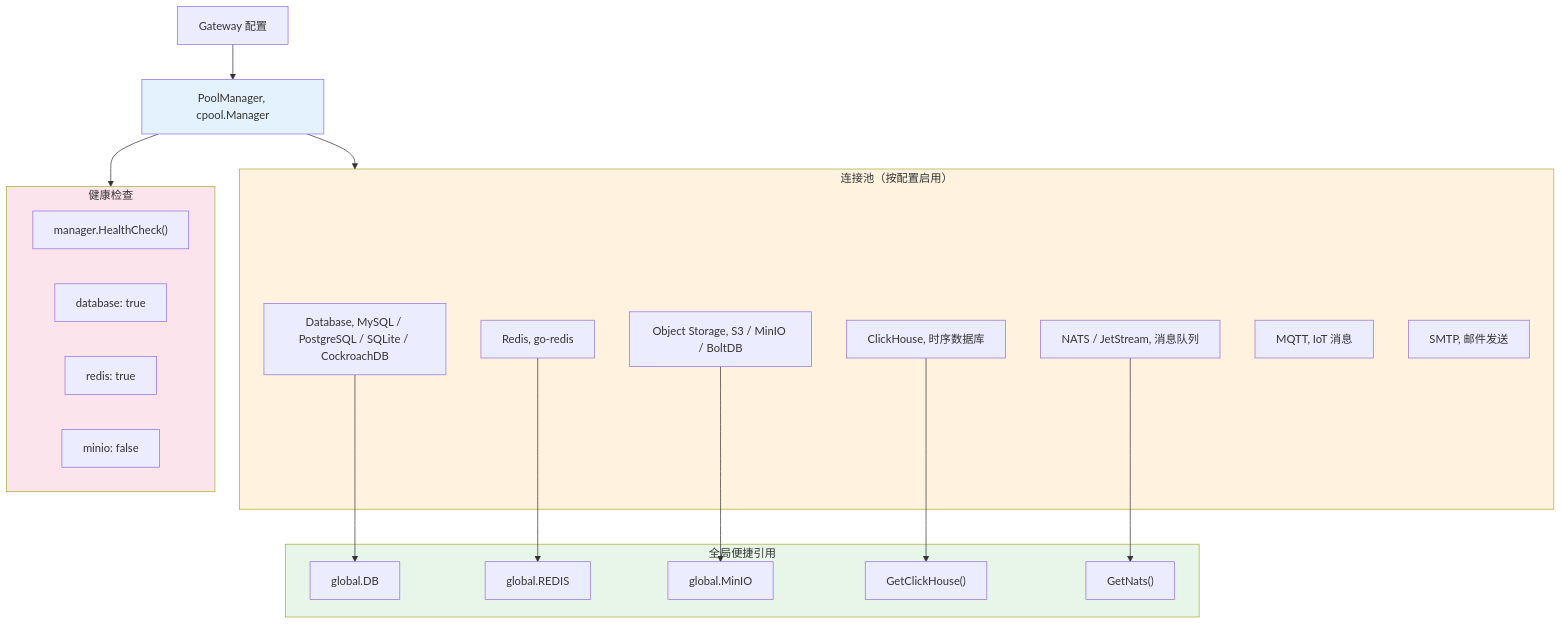
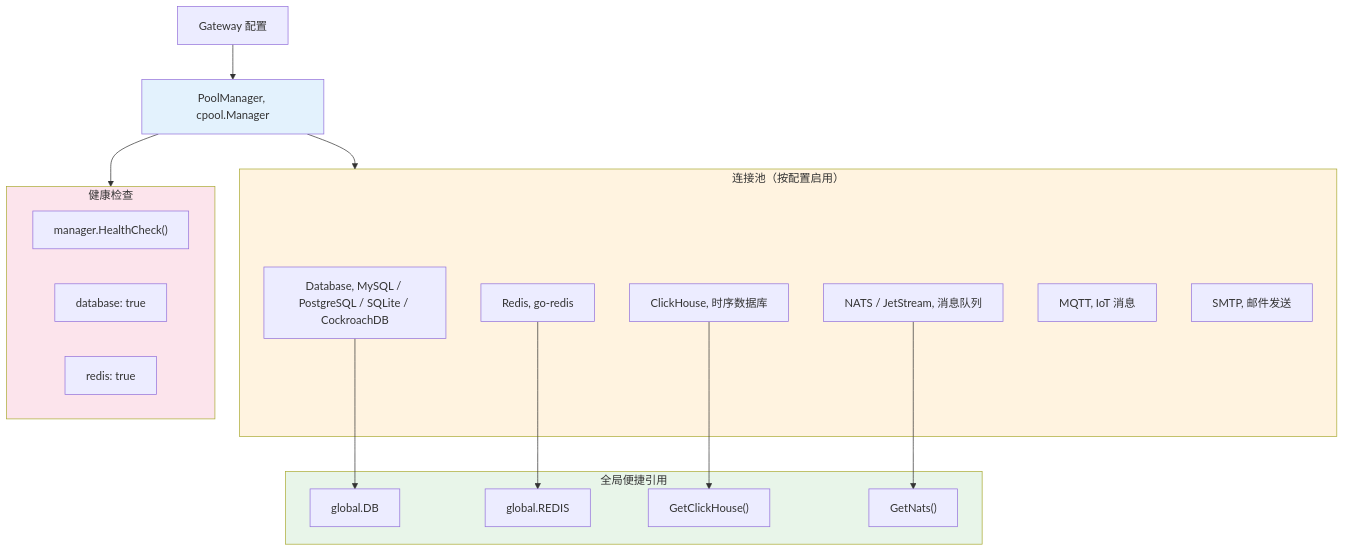
One commit to kamalyes/go-rpc-gateway changed the diagram in docs/CONNECTION-POOL.md. Above: the diagram before and after it, drawn with Mermaid. The commit also changed other lines of this file and 28 other files, not shown here.

````diff
--- a/docs/CONNECTION-POOL.md
+++ b/docs/CONNECTION-POOL.md
@@ -11,44 +11,40 @@
 ```mermaid
 flowchart TD
     CFG["Gateway 配置"] --> MGR["PoolManager, cpool.Manager"]
 
     subgraph POOLS["连接池（按配置启用）"]
         DB["Database, MySQL / PostgreSQL / SQLite / CockroachDB"]
         REDIS["Redis, go-redis"]
-        OSS["Object Storage, S3 / MinIO / BoltDB"]
         CH["ClickHouse, 时序数据库"]
         NATS["NATS / JetStream, 消息队列"]
         MQTT["MQTT, IoT 消息"]
         SMTP["SMTP, 邮件发送"]
     end
 
     MGR --> POOLS
 
     subgraph GLOBAL_REF["全局便捷引用"]
         G_DB["global.DB"]
         G_REDIS["global.REDIS"]
-        G_MINIO["global.MinIO"]
         G_CH["GetClickHouse()"]
         G_NATS["GetNats()"]
     end
 
     DB --> G_DB
     REDIS --> G_REDIS
-    OSS --> G_MINIO
     CH --> G_CH
     NATS --> G_NATS
 
     subgraph HEALTH["健康检查"]
         HC["manager.HealthCheck()"]
         HC_DB["database: true"]
         HC_REDIS["redis: true"]
-        HC_MINIO["minio: false"]
     end
 
     MGR --> HEALTH
 
     style MGR fill:#e3f2fd
     style POOLS fill:#fff3e0
     style GLOBAL_REF fill:#e8f5e9
     style HEALTH fill:#fce4ec
 ```
````
